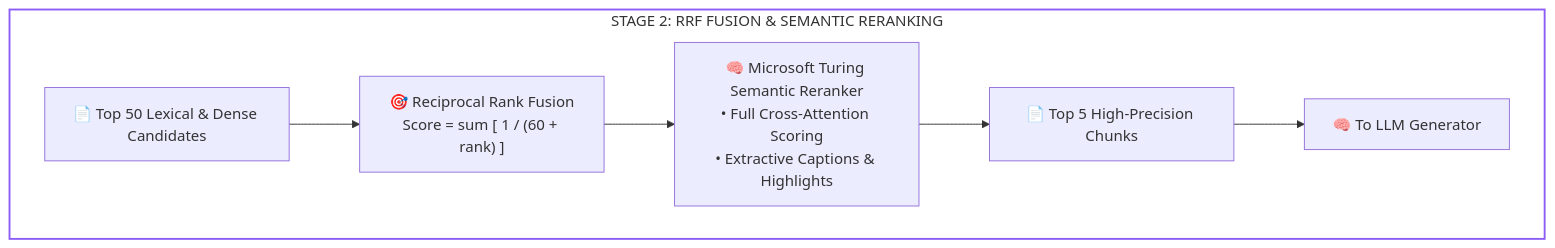
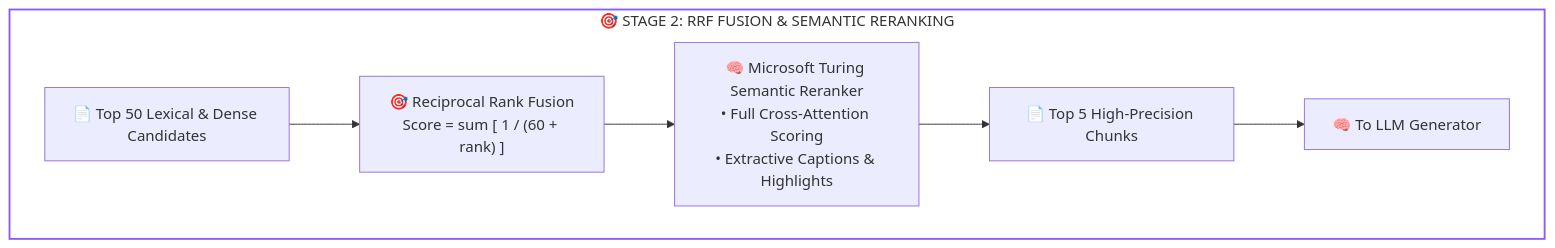
One commit to dip4k/senior-engineer-to-ai-engineer-roadmap changed the second of 3 diagrams in 02-rag-and-knowledge-systems/reference/cloud-retrieval-architectures.md. Above: the diagram before and after it, drawn with Mermaid. The commit also changed other lines of this file and 94 other files, not shown here.

Commit message:
refactor(curriculum): complete Phase 04 upgrade and enforce diagram renderer invariants

````diff
--- a/02-rag-and-knowledge-systems/reference/cloud-retrieval-architectures.md
+++ b/02-rag-and-knowledge-systems/reference/cloud-retrieval-architectures.md
@@ -41,10 +41,10 @@
 ```mermaid
 flowchart TD
-    subgraph Stage2["STAGE 2: RRF FUSION & SEMANTIC RERANKING"]
+    subgraph Stage2["🎯 STAGE 2: RRF FUSION & SEMANTIC RERANKING"]
         Top50["📄 Top 50 Lexical & Dense Candidates"] --> RRF["🎯 Reciprocal Rank Fusion<br>Score = sum [ 1 / (60 + rank) ]"]
         RRF --> Turing["🧠 Microsoft Turing Semantic Reranker<br>• Full Cross-Attention Scoring<br>• Extractive Captions & Highlights"]
         Turing --> Top5["📄 Top 5 High-Precision Chunks"]
         Top5 --> LLM["🧠 To LLM Generator"]
     end
     style Stage2 fill:none,stroke:#8b5cf6,stroke-width:2px;
 ```
````
